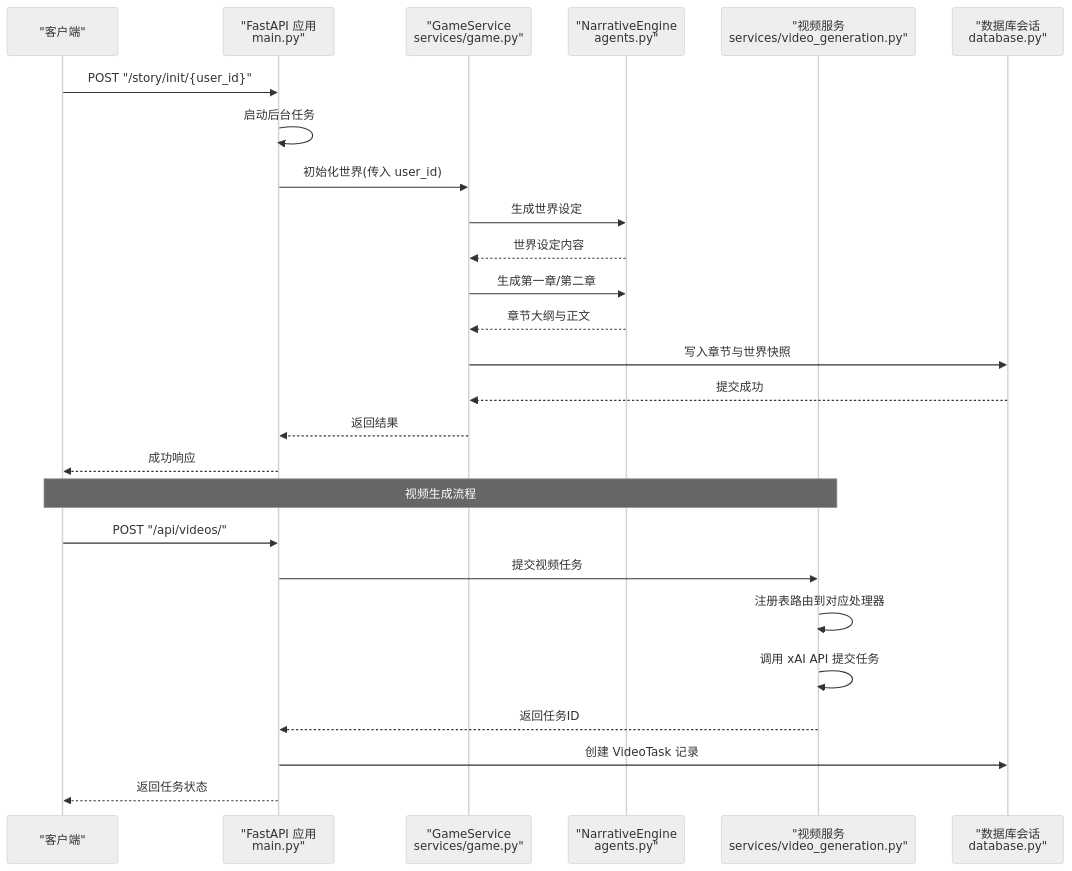
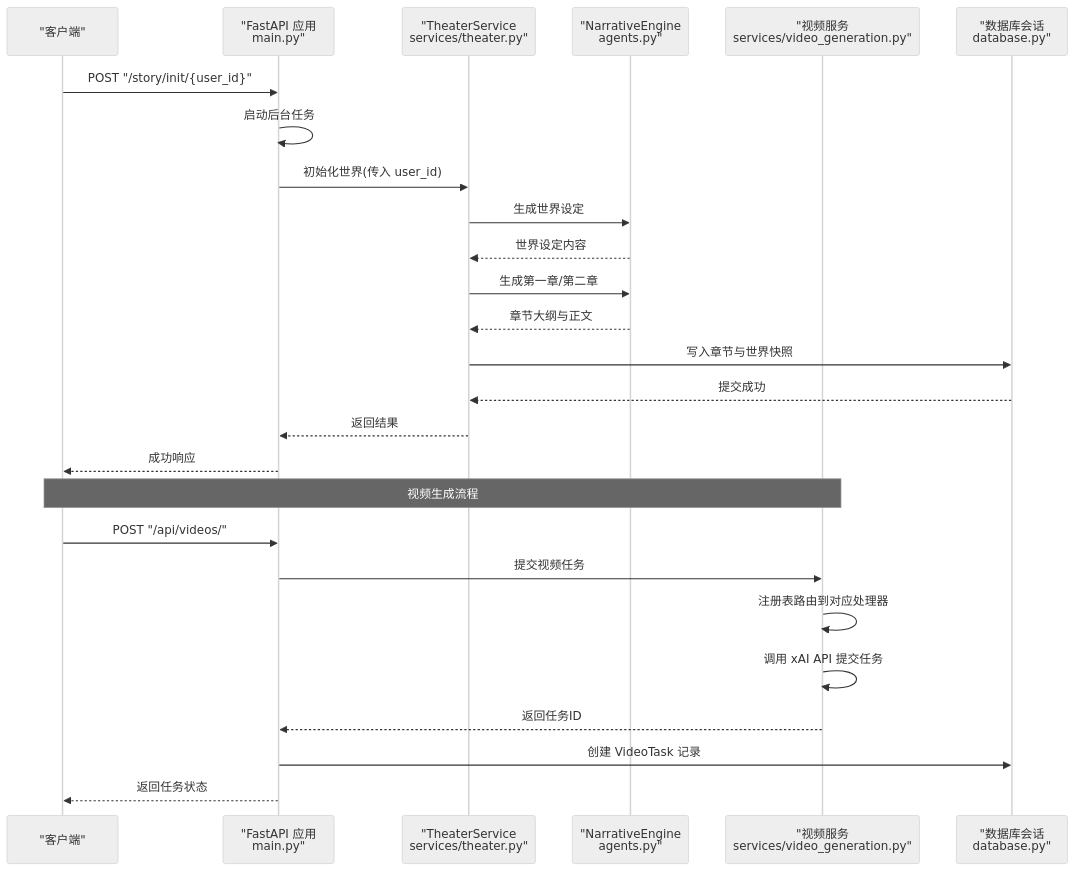
Before and after one commit to KunLabAI/KunFlix: the second of 12 diagrams in .qoder/repowiki/zh/content/后端开发指南/业务逻辑层.md, drawn with Mermaid (neutral theme). The commit also changed other lines of this file and 112 other files, not shown here.

````diff
--- a/.qoder/repowiki/zh/content/后端开发指南/业务逻辑层.md
+++ b/.qoder/repowiki/zh/content/后端开发指南/业务逻辑层.md
@@ -178,28 +178,28 @@
 ```mermaid
 sequenceDiagram
 participant Client as "客户端"
 participant API as "FastAPI 应用<br/>main.py"
-participant GS as "GameService<br/>services/game.py"
+participant GS as "TheaterService<br/>services/theater.py"
 participant NE as "NarrativeEngine<br/>agents.py"
 participant VS as "视频服务<br/>services/video_generation.py"
 participant DB as "数据库会话<br/>database.py"
 Client->>API : POST "/story/init/{user_id}"
 API->>API : 启动后台任务
 API->>GS : 初始化世界(传入 user_id)
 GS->>NE : 生成世界设定
 NE-->>GS : 世界设定内容
 GS->>NE : 生成第一章/第二章
 NE-->>GS : 章节大纲与正文
 GS->>DB : 写入章节与世界快照
 DB-->>GS : 提交成功
 GS-->>API : 返回结果
 API-->>Client : 成功响应
 Note over Client,VS : 视频生成流程
 Client->>API : POST "/api/videos/"
 API->>VS : 提交视频任务
 VS->>VS : 注册表路由到对应处理器
 VS->>VS : 调用 xAI API 提交任务
 VS-->>API : 返回任务ID
 API->>DB : 创建 VideoTask 记录
 API-->>Client : 返回任务状态
 ```
````
